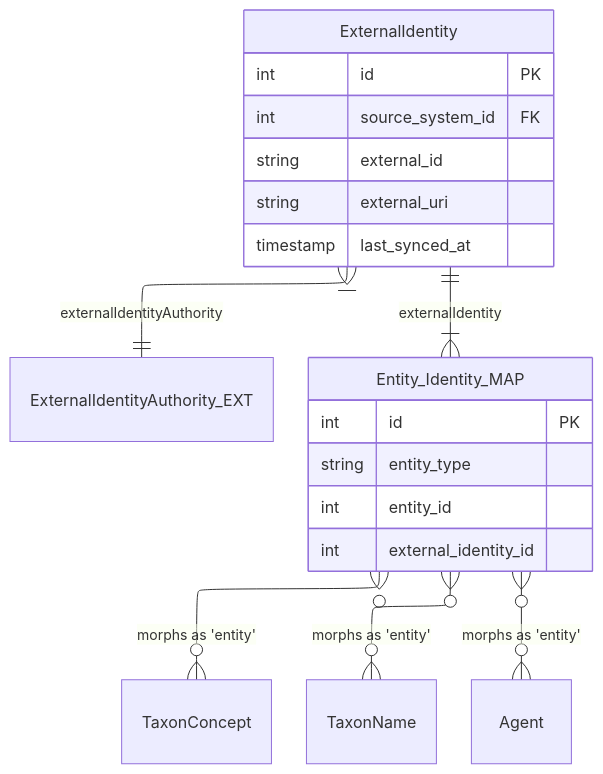
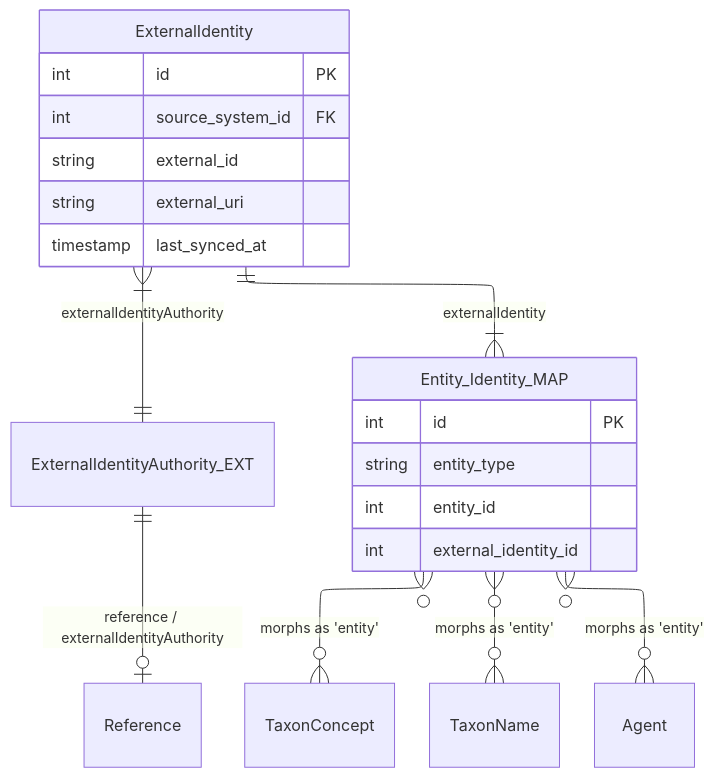
Before and after one commit to vicflora/vicflora-data-model-2026: the eighth of 18 diagrams in docs/layers.md, drawn with Mermaid. The commit also changed other lines of this file, not shown here.

````diff
--- a/docs/layers.md
+++ b/docs/layers.md
@@ -578,28 +580,30 @@
 ```mermaid
 ---
 config:
   layout: elk
 ---
 erDiagram
     ExternalIdentity }|--|| ExternalIdentityAuthority_EXT : "externalIdentityAuthority"
+    ExternalIdentityAuthority_EXT ||--o| Reference : "reference / externalIdentityAuthority"
+
     ExternalIdentity ||--|{ Entity_Identity_MAP : "externalIdentity"
 
     Entity_Identity_MAP }o--o{ TaxonConcept : "morphs as 'entity'"
     Entity_Identity_MAP }o--o{ TaxonName : "morphs as 'entity'"
     Entity_Identity_MAP }o--o{ Agent : "morphs as 'entity'"
 
     ExternalIdentity {
         int id PK
         int source_system_id FK 
         string external_id
         string external_uri
         timestamp last_synced_at
     }
 
     Entity_Identity_MAP {
         int id PK
         string entity_type
         int entity_id
         int external_identity_id
     }
 ```
````
